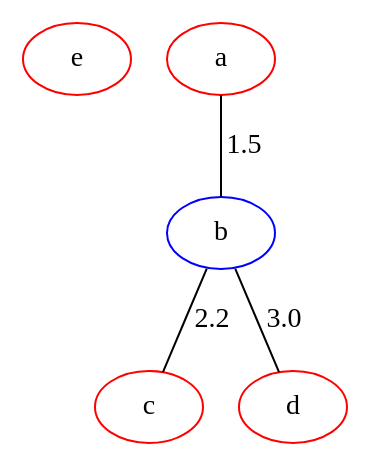
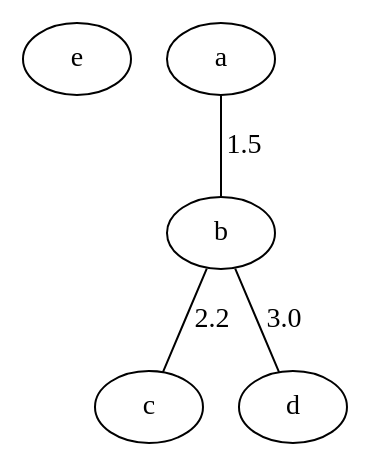
One commit to gustavomaltanv/grafos changed the diagram in grafos/graphname.dot. Above: the diagram before and after it, drawn with Graphviz. The commit also changed 3 other files, not shown here.

```diff
--- a/grafos/graphname.dot
+++ b/grafos/graphname.dot
@@ -1,10 +1,10 @@
 graph graphname {
-    e [color="red"];
-    a [color="red"];
-    b [color="blue"];
-    c [color="red"];
-    d [color="red"];
+    e;
+    a;
+    b;
+    c;
+    d;
     a -- b [label="1.5"];
     b -- c [label="2.2"];
     b -- d [label="3.0"];
 }
```
